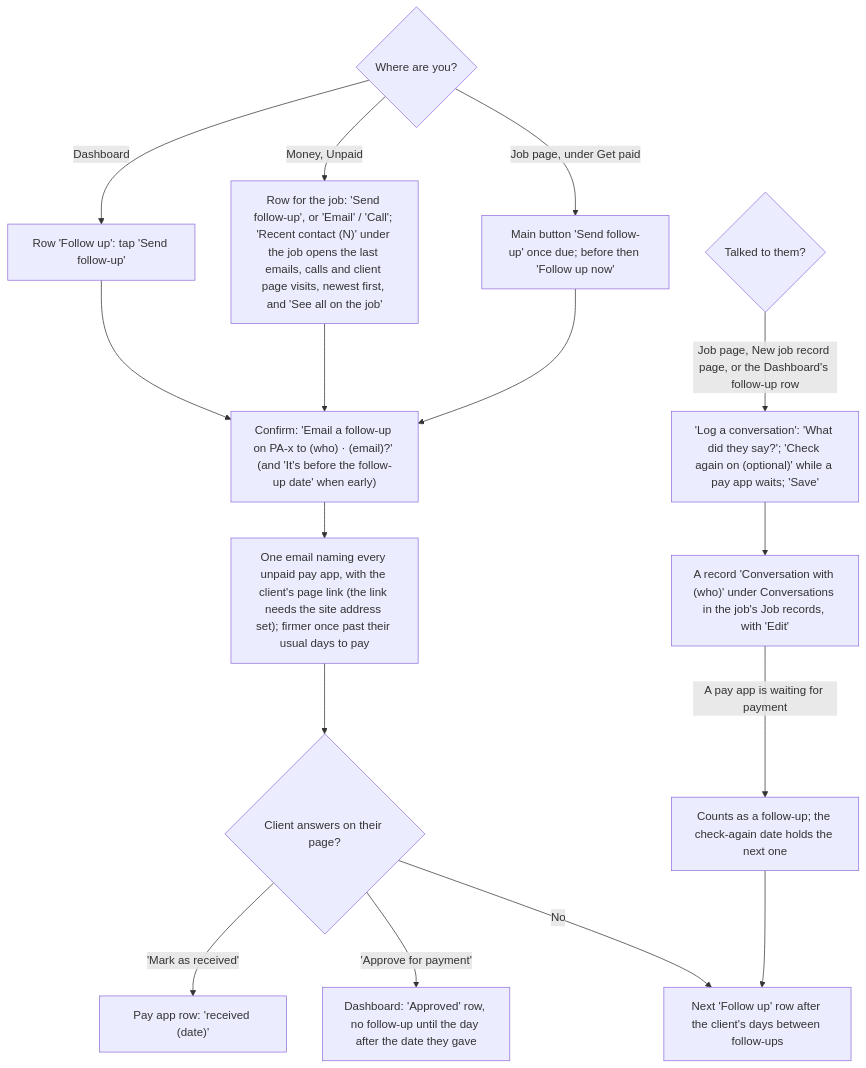
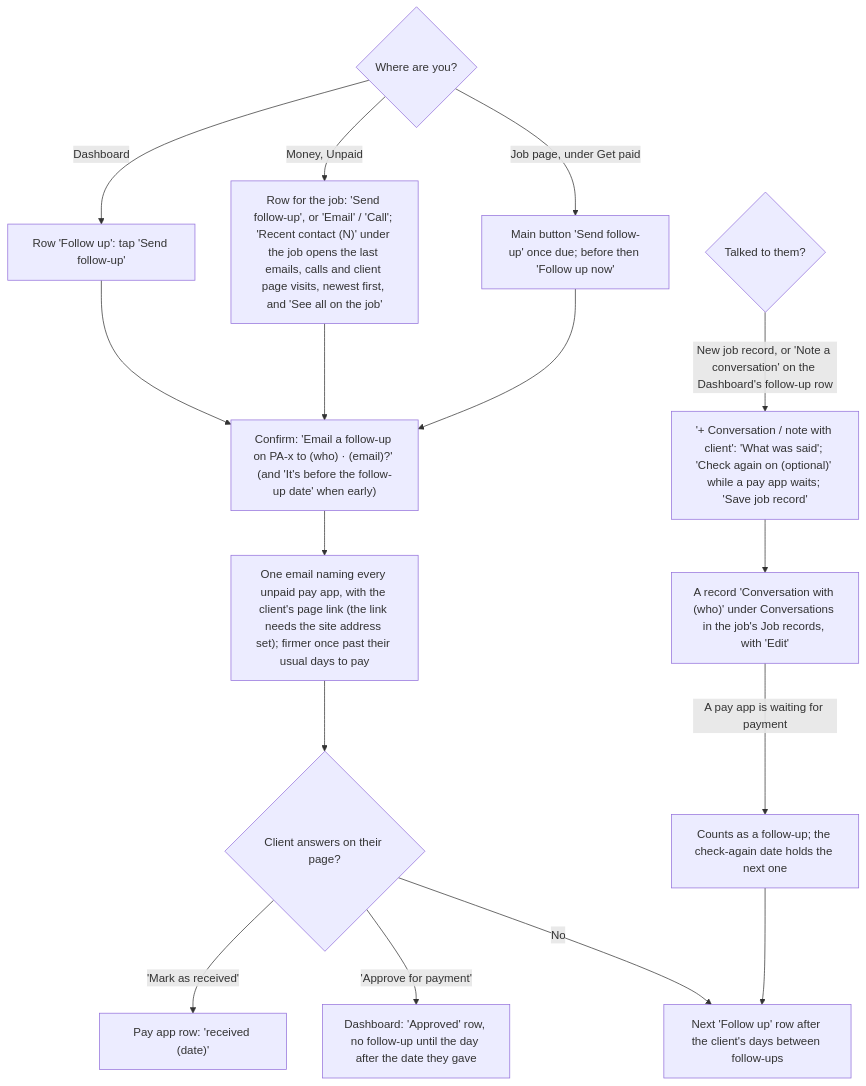
One commit to cartwrightstephen/billdable changed the ninth of 18 diagrams in docs/client-flows.md. Above: the diagram before and after it, drawn with Mermaid. The commit also changed other lines of this file and 4 other files, not shown here.

````diff
--- a/docs/client-flows.md
+++ b/docs/client-flows.md
@@ -460,18 +470,18 @@
 ```mermaid
 flowchart TD
     A{"Where are you?"} -->|"Dashboard"| B["Row 'Follow up': tap 'Send follow-up'"]
     A -->|"Money, Unpaid"| C["Row for the job: 'Send follow-up', or 'Email' / 'Call'; 'Recent contact (N)' under the job opens the last emails, calls and client page visits, newest first, and 'See all on the job'"]
     A -->|"Job page, under Get paid"| D["Main button 'Send follow-up' once due; before then 'Follow up now'"]
     B --> E["Confirm: 'Email a follow-up on PA-x to (who) · (email)?' (and 'It's before the follow-up date' when early)"]
     C --> E
     D --> E
     E --> G["One email naming every unpaid pay app, with the client's page link (the link needs the site address set); firmer once past their usual days to pay"]
     G --> H{"Client answers on their page?"}
     H -->|"'Mark as received'"| I["Pay app row: 'received (date)'"]
     H -->|"'Approve for payment'"| I2["Dashboard: 'Approved' row, no follow-up until the day after the date they gave"]
     H -->|"No"| J["Next 'Follow up' row after the client's days between follow-ups"]
-    TK{"Talked to them?"} -->|"Job page, New job record page, or the Dashboard's follow-up row"| K["'Log a conversation': 'What did they say?'; 'Check again on (optional)' while a pay app waits; 'Save'"]
+    TK{"Talked to them?"} -->|"New job record, or 'Note a conversation' on the Dashboard's follow-up row"| K["'+ Conversation / note with client': 'What was said'; 'Check again on (optional)' while a pay app waits; 'Save job record'"]
     K --> K1["A record 'Conversation with (who)' under Conversations in the job's Job records, with 'Edit'"]
     K1 -->|"A pay app is waiting for payment"| K2["Counts as a follow-up; the check-again date holds the next one"]
     K2 --> J
 ```
````
